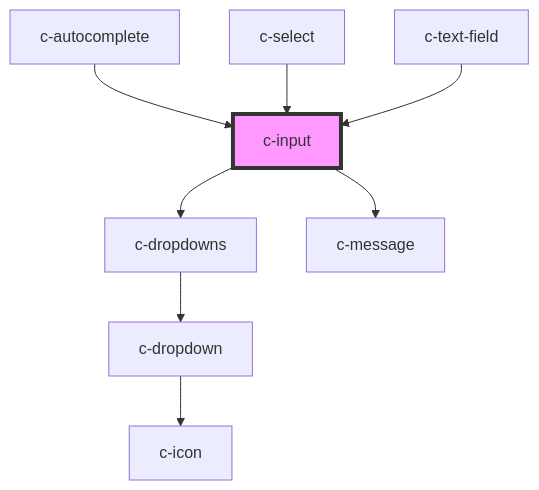
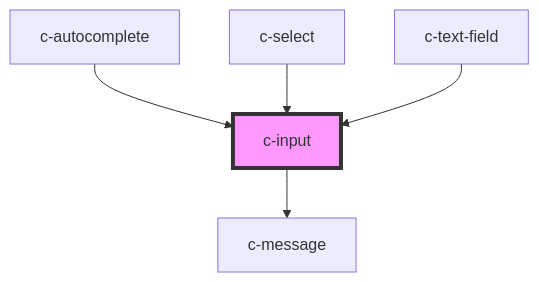
The diagram in packages/csc-ui/src/components/c-input/readme.md (CSCfi/ui), drawn with Mermaid before and after one commit. The commit also changed other lines of this file and 18 other files, not shown here.

Commit message:
fix: c-dropdown: remove c-dropdowns and use c-dropdown directly on c-select and -c-autocomplete

````diff
--- a/packages/csc-ui/src/components/c-input/readme.md
+++ b/packages/csc-ui/src/components/c-input/readme.md
@@ -125,11 +62,8 @@
 ```mermaid
 graph TD;
-  c-input --> c-dropdowns
   c-input --> c-message
-  c-dropdowns --> c-dropdown
-  c-dropdown --> c-icon
   c-autocomplete --> c-input
   c-select --> c-input
   c-text-field --> c-input
   style c-input fill:#f9f,stroke:#333,stroke-width:4px
 ```
````
